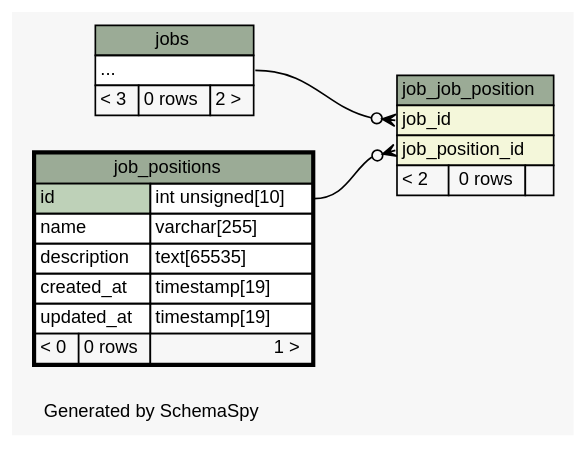
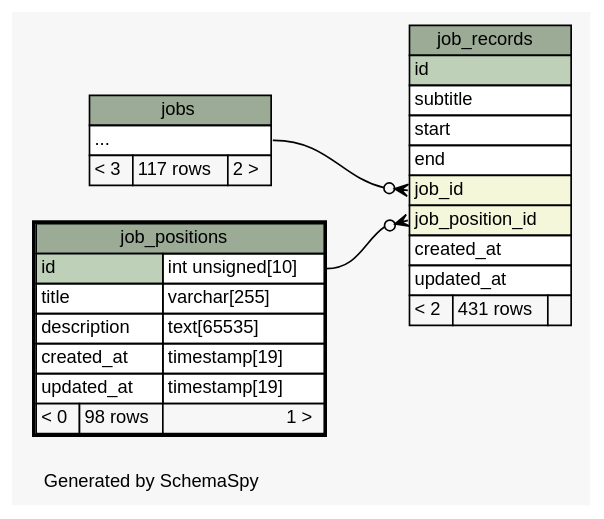
The diagram in docs/diagrams/job_positions.2degrees.dot (g0v/poli-radar-api), drawn with Graphviz before and after one commit. The commit also changed 105 other files, not shown here.

Commit message:
updated diagram

```diff
--- a/docs/diagrams/job_positions.2degrees.dot
+++ b/docs/diagrams/job_positions.2degrees.dot
@@ -1,59 +1,65 @@
 // dot 2.28.0 on Windows 10 10.0
 // SchemaSpy rev 590
 digraph "twoDegreesRelationshipsDiagram" {
   graph [
     rankdir="RL"
     bgcolor="#f7f7f7"
     label="\nGenerated by SchemaSpy"
     labeljust="l"
     nodesep="0.18"
     ranksep="0.46"
     fontname="Helvetica"
     fontsize="11"
   ];
   node [
     fontname="Helvetica"
     fontsize="11"
     shape="plaintext"
   ];
   edge [
     arrowsize="0.8"
   ];
-  "job_job_position":"job_id":w -> "jobs":"elipses":e [arrowhead=none dir=back arrowtail=crowodot];
-  "job_job_position":"job_position_id":w -> "job_positions":"id.type":e [arrowhead=none dir=back arrowtail=crowodot];
-  "job_job_position" [
-    label=<
-    <TABLE BORDER="0" CELLBORDER="1" CELLSPACING="0" BGCOLOR="#ffffff">
-      <TR><TD COLSPAN="3" BGCOLOR="#9bab96" ALIGN="CENTER">job_job_position</TD></TR>
-      <TR><TD PORT="job_id" COLSPAN="3" BGCOLOR="#f4f7da" ALIGN="LEFT">job_id</TD></TR>
-      <TR><TD PORT="job_position_id" COLSPAN="3" BGCOLOR="#f4f7da" ALIGN="LEFT">job_position_id</TD></TR>
-      <TR><TD ALIGN="LEFT" BGCOLOR="#f7f7f7">&lt; 2</TD><TD ALIGN="RIGHT" BGCOLOR="#f7f7f7">0 rows</TD><TD ALIGN="RIGHT" BGCOLOR="#f7f7f7">  </TD></TR>
-    </TABLE>>
-    URL="job_job_position.html"
-    tooltip="job_job_position"
-  ];
+  "job_records":"job_id":w -> "jobs":"elipses":e [arrowhead=none dir=back arrowtail=crowodot];
+  "job_records":"job_position_id":w -> "job_positions":"id.type":e [arrowhead=none dir=back arrowtail=crowodot];
   "job_positions" [
     label=<
     <TABLE BORDER="2" CELLBORDER="1" CELLSPACING="0" BGCOLOR="#ffffff">
       <TR><TD COLSPAN="3" BGCOLOR="#9bab96" ALIGN="CENTER">job_positions</TD></TR>
       <TR><TD PORT="id" COLSPAN="2" BGCOLOR="#bed1b8" ALIGN="LEFT">id</TD><TD PORT="id.type" ALIGN="LEFT">int unsigned[10]</TD></TR>
-      <TR><TD PORT="name" COLSPAN="2" ALIGN="LEFT">name</TD><TD PORT="name.type" ALIGN="LEFT">varchar[255]</TD></TR>
+      <TR><TD PORT="title" COLSPAN="2" ALIGN="LEFT">title</TD><TD PORT="title.type" ALIGN="LEFT">varchar[255]</TD></TR>
       <TR><TD PORT="description" COLSPAN="2" ALIGN="LEFT">description</TD><TD PORT="description.type" ALIGN="LEFT">text[65535]</TD></TR>
       <TR><TD PORT="created_at" COLSPAN="2" ALIGN="LEFT">created_at</TD><TD PORT="created_at.type" ALIGN="LEFT">timestamp[19]</TD></TR>
       <TR><TD PORT="updated_at" COLSPAN="2" ALIGN="LEFT">updated_at</TD><TD PORT="updated_at.type" ALIGN="LEFT">timestamp[19]</TD></TR>
-      <TR><TD ALIGN="LEFT" BGCOLOR="#f7f7f7">&lt; 0</TD><TD ALIGN="RIGHT" BGCOLOR="#f7f7f7">0 rows</TD><TD ALIGN="RIGHT" BGCOLOR="#f7f7f7">1 &gt;</TD></TR>
+      <TR><TD ALIGN="LEFT" BGCOLOR="#f7f7f7">&lt; 0</TD><TD ALIGN="RIGHT" BGCOLOR="#f7f7f7">98 rows</TD><TD ALIGN="RIGHT" BGCOLOR="#f7f7f7">1 &gt;</TD></TR>
     </TABLE>>
     URL="job_positions.html"
     tooltip="job_positions"
+  ];
+  "job_records" [
+    label=<
+    <TABLE BORDER="0" CELLBORDER="1" CELLSPACING="0" BGCOLOR="#ffffff">
+      <TR><TD COLSPAN="3" BGCOLOR="#9bab96" ALIGN="CENTER">job_records</TD></TR>
+      <TR><TD PORT="id" COLSPAN="3" BGCOLOR="#bed1b8" ALIGN="LEFT">id</TD></TR>
+      <TR><TD PORT="subtitle" COLSPAN="3" ALIGN="LEFT">subtitle</TD></TR>
+      <TR><TD PORT="start" COLSPAN="3" ALIGN="LEFT">start</TD></TR>
+      <TR><TD PORT="end" COLSPAN="3" ALIGN="LEFT">end</TD></TR>
+      <TR><TD PORT="job_id" COLSPAN="3" BGCOLOR="#f4f7da" ALIGN="LEFT">job_id</TD></TR>
+      <TR><TD PORT="job_position_id" COLSPAN="3" BGCOLOR="#f4f7da" ALIGN="LEFT">job_position_id</TD></TR>
+      <TR><TD PORT="created_at" COLSPAN="3" ALIGN="LEFT">created_at</TD></TR>
+      <TR><TD PORT="updated_at" COLSPAN="3" ALIGN="LEFT">updated_at</TD></TR>
+      <TR><TD ALIGN="LEFT" BGCOLOR="#f7f7f7">&lt; 2</TD><TD ALIGN="RIGHT" BGCOLOR="#f7f7f7">431 rows</TD><TD ALIGN="RIGHT" BGCOLOR="#f7f7f7">  </TD></TR>
+    </TABLE>>
+    URL="job_records.html"
+    tooltip="job_records"
   ];
   "jobs" [
     label=<
     <TABLE BORDER="0" CELLBORDER="1" CELLSPACING="0" BGCOLOR="#ffffff">
       <TR><TD COLSPAN="3" BGCOLOR="#9bab96" ALIGN="CENTER">jobs</TD></TR>
       <TR><TD PORT="elipses" COLSPAN="3" ALIGN="LEFT">...</TD></TR>
-      <TR><TD ALIGN="LEFT" BGCOLOR="#f7f7f7">&lt; 3</TD><TD ALIGN="RIGHT" BGCOLOR="#f7f7f7">0 rows</TD><TD ALIGN="RIGHT" BGCOLOR="#f7f7f7">2 &gt;</TD></TR>
+      <TR><TD ALIGN="LEFT" BGCOLOR="#f7f7f7">&lt; 3</TD><TD ALIGN="RIGHT" BGCOLOR="#f7f7f7">117 rows</TD><TD ALIGN="RIGHT" BGCOLOR="#f7f7f7">2 &gt;</TD></TR>
     </TABLE>>
     URL="jobs.html"
     tooltip="jobs"
   ];
 }
```
